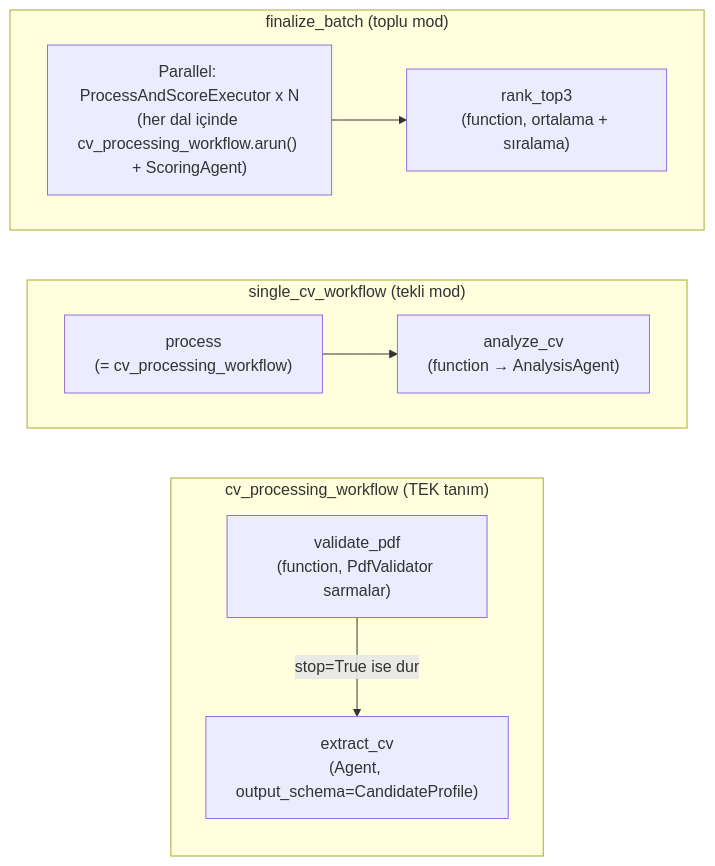
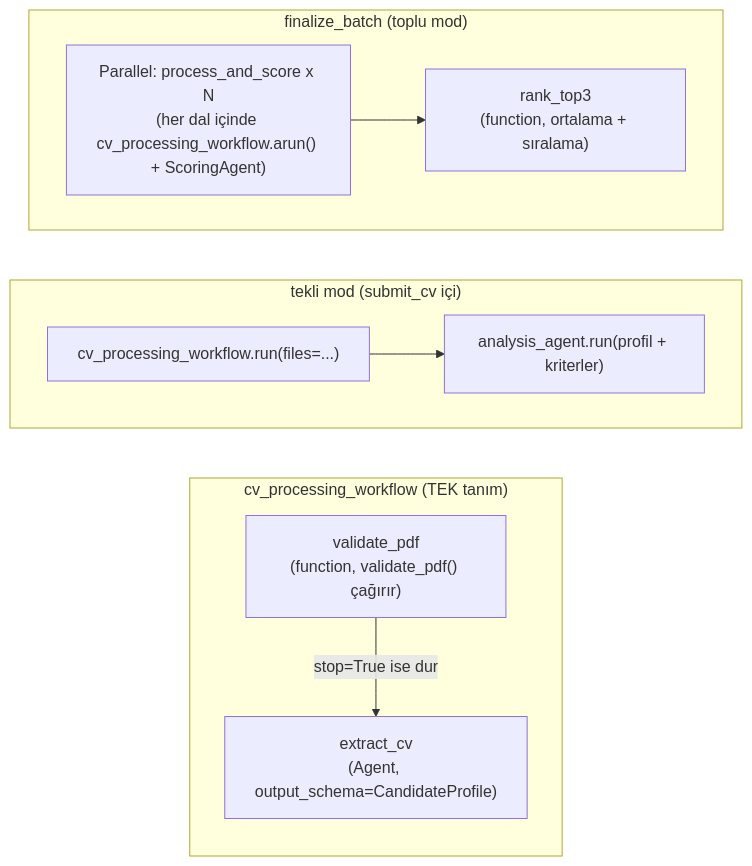
One commit to Wijt/hr-ai-agent-telegram changed the third of 3 diagrams in ARCHITECTURE.md. Above: the diagram before and after it, drawn with Mermaid. The commit also changed other lines of this file and 19 other files, not shown here.

````diff
--- a/ARCHITECTURE.md
+++ b/ARCHITECTURE.md
@@ -137,14 +136,14 @@
 ```mermaid
 flowchart LR
     subgraph cv_processing_workflow["cv_processing_workflow (TEK tanım)"]
-        V["validate_pdf<br/>(function, PdfValidator sarmalar)"] -->|stop=True ise dur| E["extract_cv<br/>(Agent, output_schema=CandidateProfile)"]
+        V["validate_pdf<br/>(function, validate_pdf() çağırır)"] -->|stop=True ise dur| E["extract_cv<br/>(Agent, output_schema=CandidateProfile)"]
     end
-    subgraph single["single_cv_workflow (tekli mod)"]
+    subgraph single["tekli mod (submit_cv içi)"]
         direction LR
-        P1["process<br/>(= cv_processing_workflow)"] --> AN["analyze_cv<br/>(function → AnalysisAgent)"]
+        P1["cv_processing_workflow.run(files=...)"] --> AN["analysis_agent.run(profil + kriterler)"]
     end
     subgraph batch["finalize_batch (toplu mod)"]
         direction LR
-        PAR["Parallel: ProcessAndScoreExecutor x N<br/>(her dal içinde cv_processing_workflow.arun() + ScoringAgent)"] --> R["rank_top3<br/>(function, ortalama + sıralama)"]
+        PAR["Parallel: process_and_score x N<br/>(her dal içinde cv_processing_workflow.arun() + ScoringAgent)"] --> R["rank_top3<br/>(function, ortalama + sıralama)"]
     end
 ```
````
